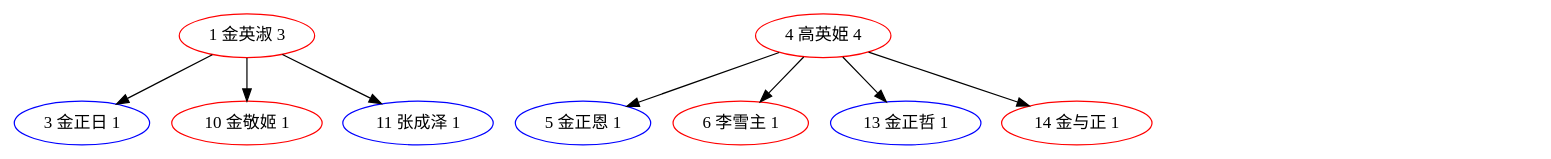
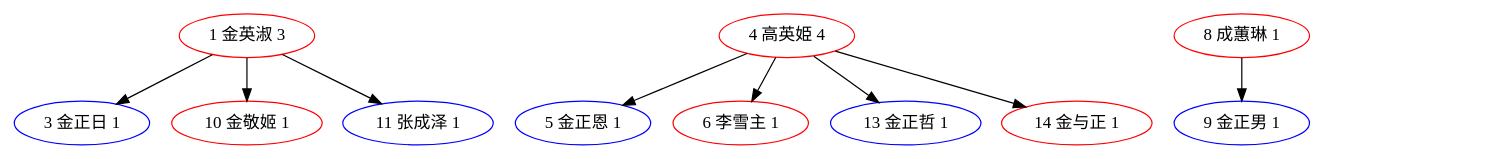
One commit to MrFive5555/zokufu changed the diagram in dot/rain.dot. Above: the diagram before and after it, drawn with Graphviz. The commit also changed 17 other files, not shown here.

```diff
--- a/dot/rain.dot
+++ b/dot/rain.dot
@@ -1,24 +1,25 @@
 digraph G {
 0[label="0 root 0",color=red,style=invis];
 1[label="1 金英淑 3",color=red,style=solid];
 2[label="2 金日成 0",color=blue,style=invis];
 3[label="3 金正日 1",color=blue,style=solid];
 4[label="4 高英姫 4",color=red,style=solid];
 5[label="5 金正恩 1",color=blue,style=solid];
 6[label="6 李雪主 1",color=red,style=solid];
 7[label="7 金主爱 0",color=red,style=invis];
-8[label="8 成蕙琳 0",color=red,style=invis];
-9[label="9 金正男 0",color=blue,style=invis];
+8[label="8 成蕙琳 1",color=red,style=solid];
+9[label="9 金正男 1",color=blue,style=solid];
 10[label="10 金敬姬 1",color=red,style=solid];
 11[label="11 张成泽 1",color=blue,style=solid];
 12[label="12 金雪松 0",color=red,style=invis];
 13[label="13 金正哲 1",color=blue,style=solid];
 14[label="14 金与正 1",color=red,style=solid];
 1->3 ;
 1->10 ;
 1->11 ;
 4->13 ;
 4->5 ;
 4->6 ;
 4->14 ;
+8->9 ;
 }
```
